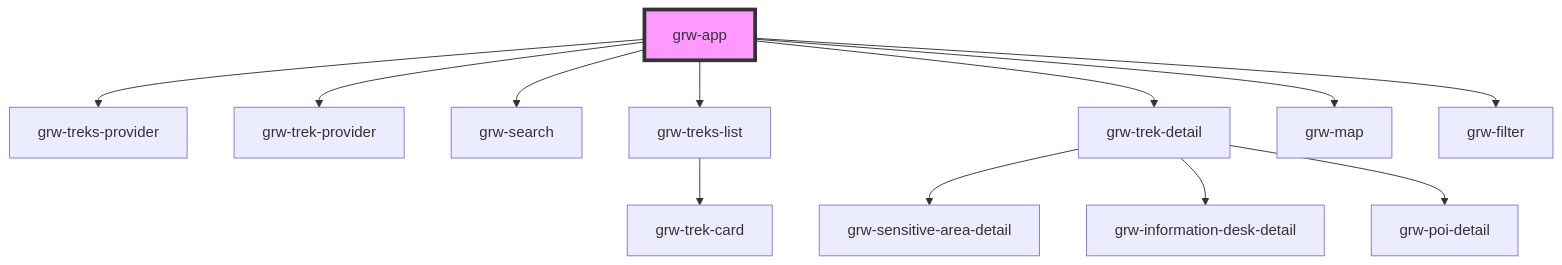
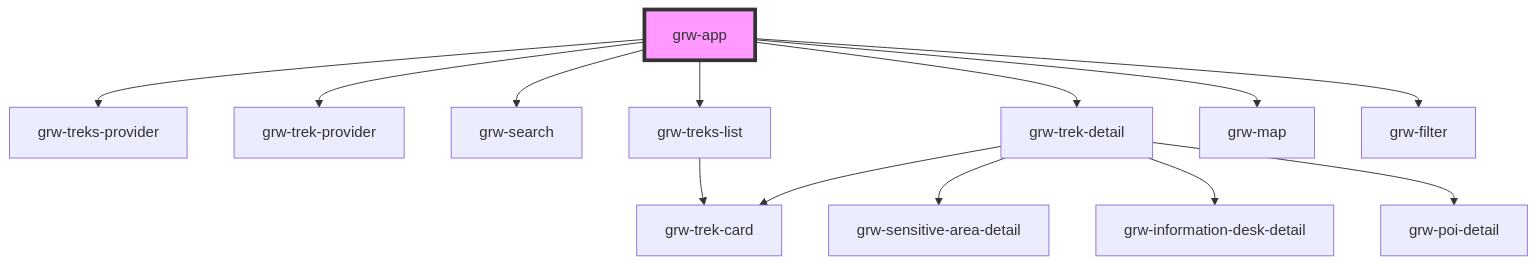
One commit to GeotrekCE/Geotrek-rando-widget changed the diagram in src/components/grw-app/readme.md. Above: the diagram before and after it, drawn with Mermaid. The commit also changed 12 other files, not shown here.

````diff
--- a/src/components/grw-app/readme.md
+++ b/src/components/grw-app/readme.md
@@ -69,15 +69,16 @@
 ```mermaid
 graph TD;
   grw-app --> grw-treks-provider
   grw-app --> grw-trek-provider
   grw-app --> grw-search
   grw-app --> grw-treks-list
   grw-app --> grw-trek-detail
   grw-app --> grw-map
   grw-app --> grw-filter
   grw-treks-list --> grw-trek-card
+  grw-trek-detail --> grw-trek-card
   grw-trek-detail --> grw-sensitive-area-detail
   grw-trek-detail --> grw-information-desk-detail
   grw-trek-detail --> grw-poi-detail
   style grw-app fill:#f9f,stroke:#333,stroke-width:4px
 ```
````
